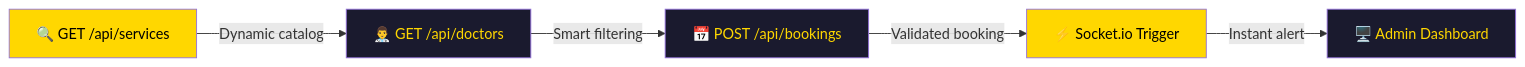
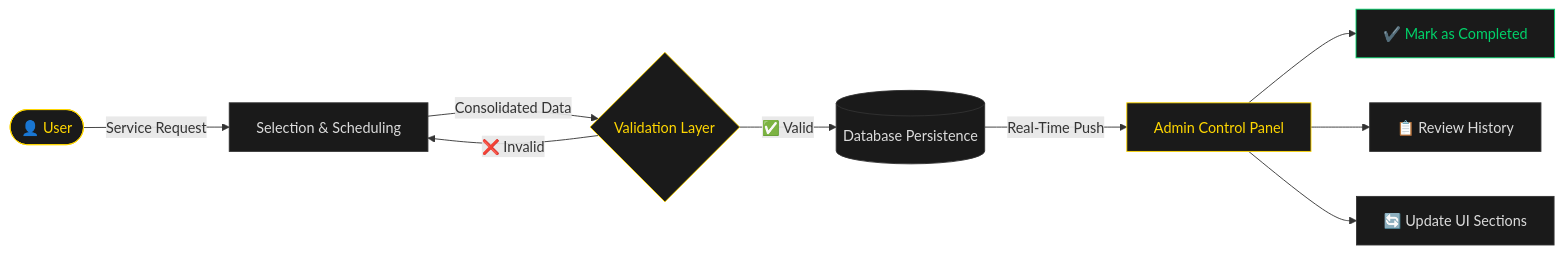
Before and after one commit to NietoDeveloper/SoftwareDT: the diagram in Front-SoftwareDT/README.md, drawn with Mermaid. The commit also changed other lines of this file, not shown here.

````diff
--- a/Front-SoftwareDT/README.md
+++ b/Front-SoftwareDT/README.md
@@ -76,13 +122,20 @@
 ```mermaid
 flowchart LR
-    A[🔍 GET /api/services] -->|Dynamic catalog| B[👨‍⚕️ GET /api/doctors]
-    B -->|Smart filtering| C[📅 POST /api/bookings]
-    C -->|Validated booking| D[⚡ Socket.io Trigger]
-    D -->|Instant alert| E[🖥️ Admin Dashboard]
+    A([👤 User]) -->|Service Request| B[Selection & Scheduling]
+    B -->|Consolidated Data| C{Validation Layer}
+    C -->|✅ Valid| D[(Database Persistence)]
+    C -->|❌ Invalid| B
+    D -->|Real-Time Push| E[Admin Control Panel]
+    E --> F[✔️ Mark as Completed]
+    E --> G[📋 Review History]
+    E --> H[🔄 Update UI Sections]
 
-    style A fill:#FFD700,color:#000
-    style B fill:#1a1a2e,color:#FFD700
-    style C fill:#1a1a2e,color:#FFD700
-    style D fill:#FFD700,color:#000
-    style E fill:#1a1a2e,color:#FFD700
+    style A fill:#1a1a1a,color:#FFD700,stroke:#FFD700
+    style B fill:#1a1a1a,color:#DCDCDC,stroke:#333
+    style C fill:#1a1a1a,color:#FFD700,stroke:#FFD700
+    style D fill:#1a1a1a,color:#DCDCDC,stroke:#333
+    style E fill:#1a1a1a,color:#FFD700,stroke:#FFD700
+    style F fill:#1a1a1a,color:#00D26A,stroke:#00D26A
+    style G fill:#1a1a1a,color:#DCDCDC,stroke:#333
+    style H fill:#1a1a1a,color:#DCDCDC,stroke:#333
 ```
````
